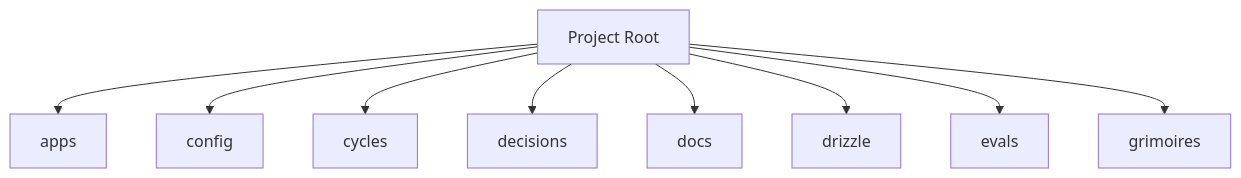
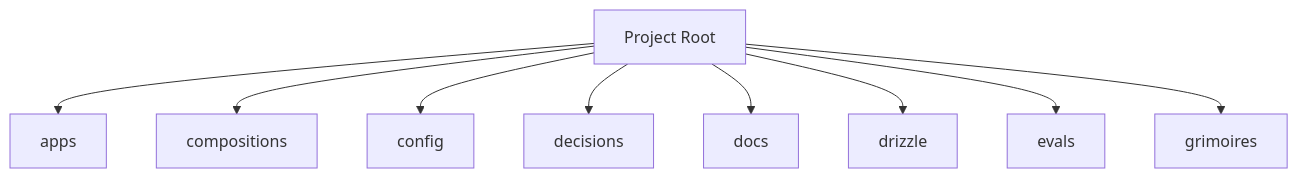
The diagram in BUTTERFREEZONE.md (0xHoneyJar/loa-freeside), drawn with Mermaid before and after one commit. The commit also changed other lines of this file and 6 other files, not shown here.

````diff
--- a/BUTTERFREEZONE.md
+++ b/BUTTERFREEZONE.md
@@ -44,20 +53,20 @@
 ```mermaid
 graph TD
     apps[apps]
+    compositions[compositions]
     config[config]
-    cycles[cycles]
     decisions[decisions]
     docs[docs]
     drizzle[drizzle]
     evals[evals]
     grimoires[grimoires]
     Root[Project Root]
     Root --> apps
+    Root --> compositions
     Root --> config
-    Root --> cycles
     Root --> decisions
     Root --> docs
     Root --> drizzle
     Root --> evals
     Root --> grimoires
 ```
````
